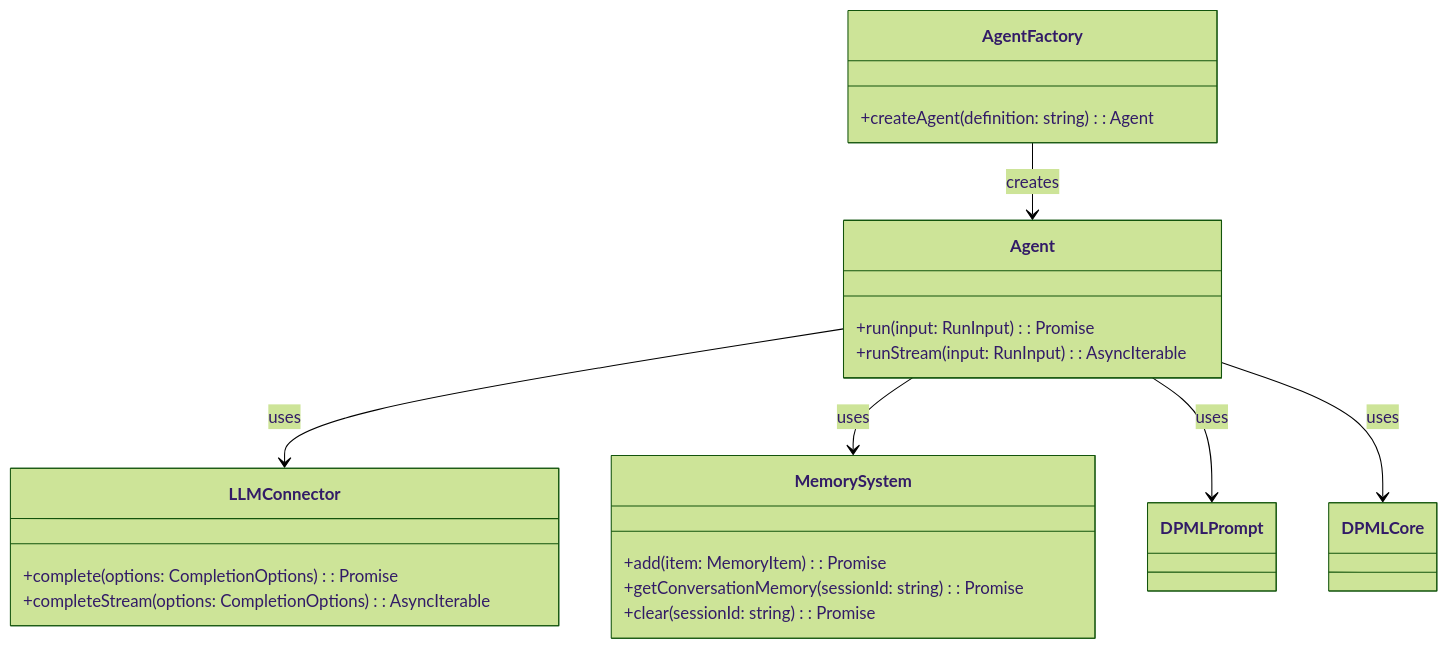
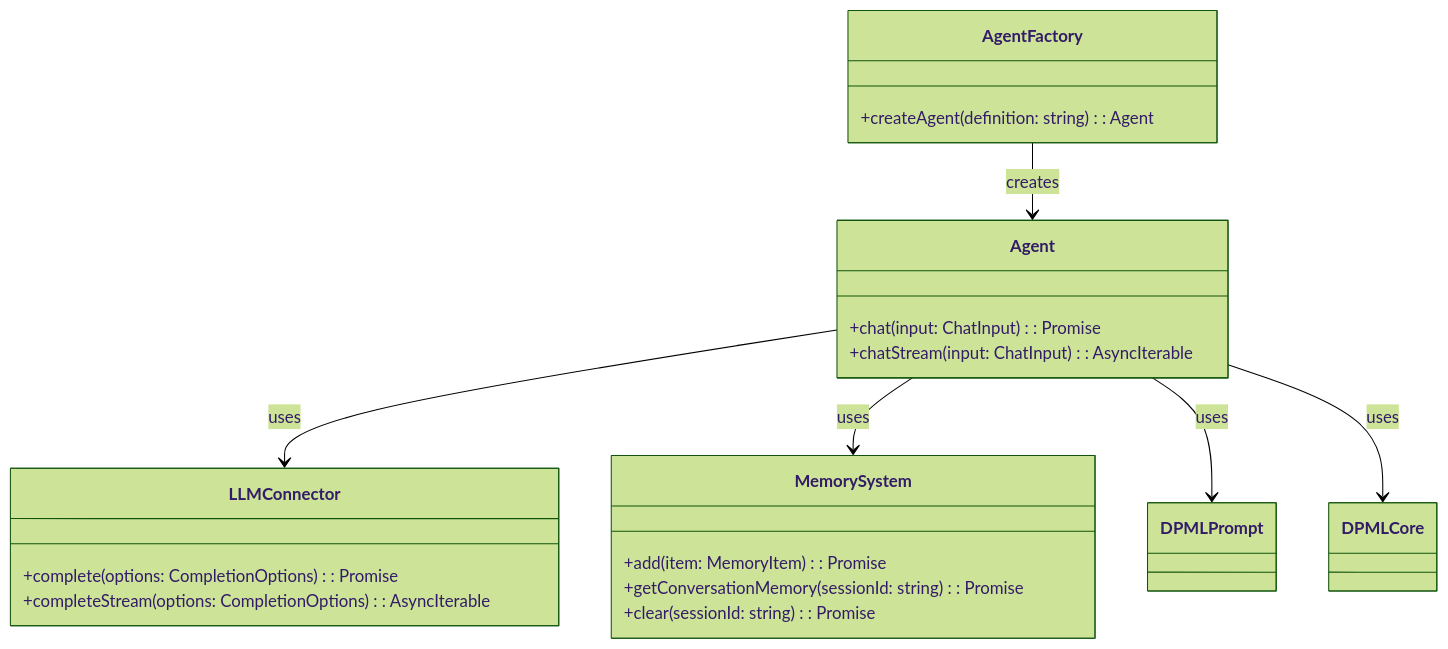
One commit to Deepractice/DPML changed the first of 6 diagrams in packages/agent/docs/agent-design.md. Above: the diagram before and after it, drawn with Mermaid (forest theme). The commit also changed other lines of this file, not shown here.

````diff
--- a/packages/agent/docs/agent-design.md
+++ b/packages/agent/docs/agent-design.md
@@ -29,29 +29,29 @@
 ```mermaid
 classDiagram
     class AgentFactory {
         +createAgent(definition: string): Agent
     }
     class Agent {
-        +run(input: RunInput): Promise<RunOutput>
-        +runStream(input: RunInput): AsyncIterable<OutputChunk>
+        +chat(input: ChatInput): Promise<ChatOutput>
+        +chatStream(input: ChatInput): AsyncIterable<ChatChunk>
     }
     class LLMConnector {
         +complete(options: CompletionOptions): Promise<CompletionResult>
         +completeStream(options: CompletionOptions): AsyncIterable<CompletionChunk>
     }
     class MemorySystem {
         +add(item: MemoryItem): Promise<void>
         +getConversationMemory(sessionId: string): Promise<MemoryItem[]>
         +clear(sessionId: string): Promise<void>
     }
     class DPMLPrompt {
     }
     class DPMLCore {
     }
     
     AgentFactory --> Agent: creates
     Agent --> LLMConnector: uses
     Agent --> MemorySystem: uses
     Agent --> DPMLPrompt: uses
     Agent --> DPMLCore: uses
 ```
````
